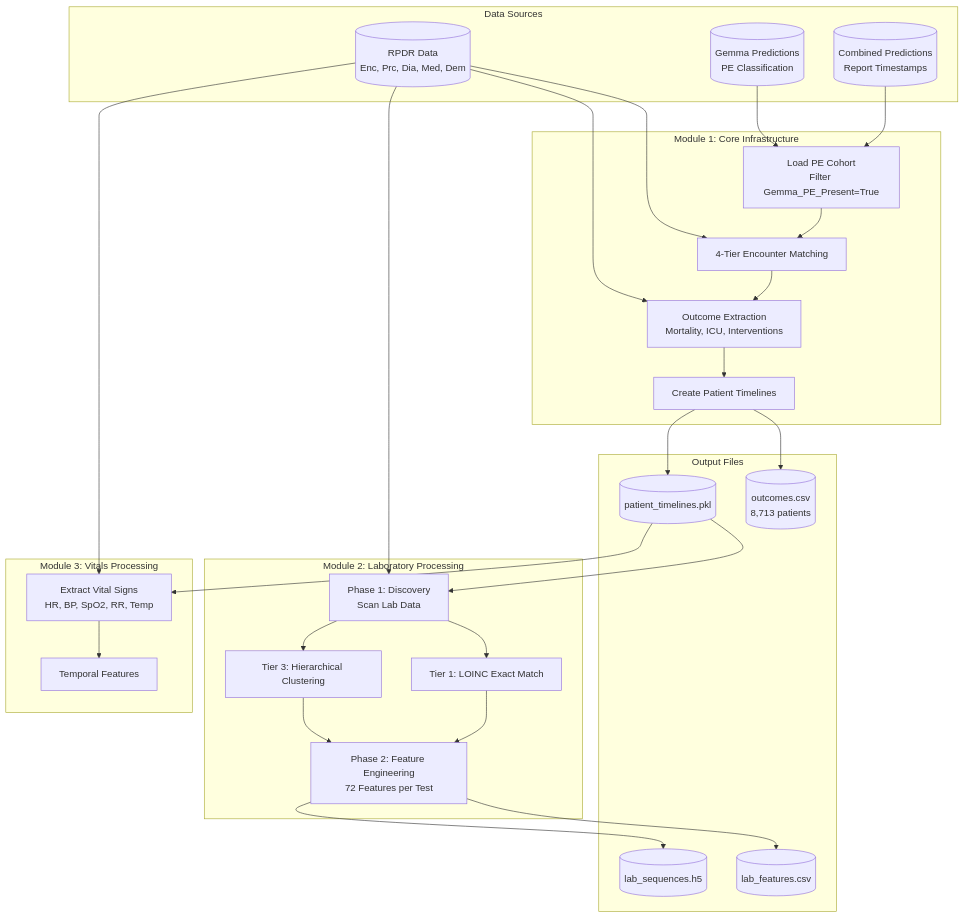
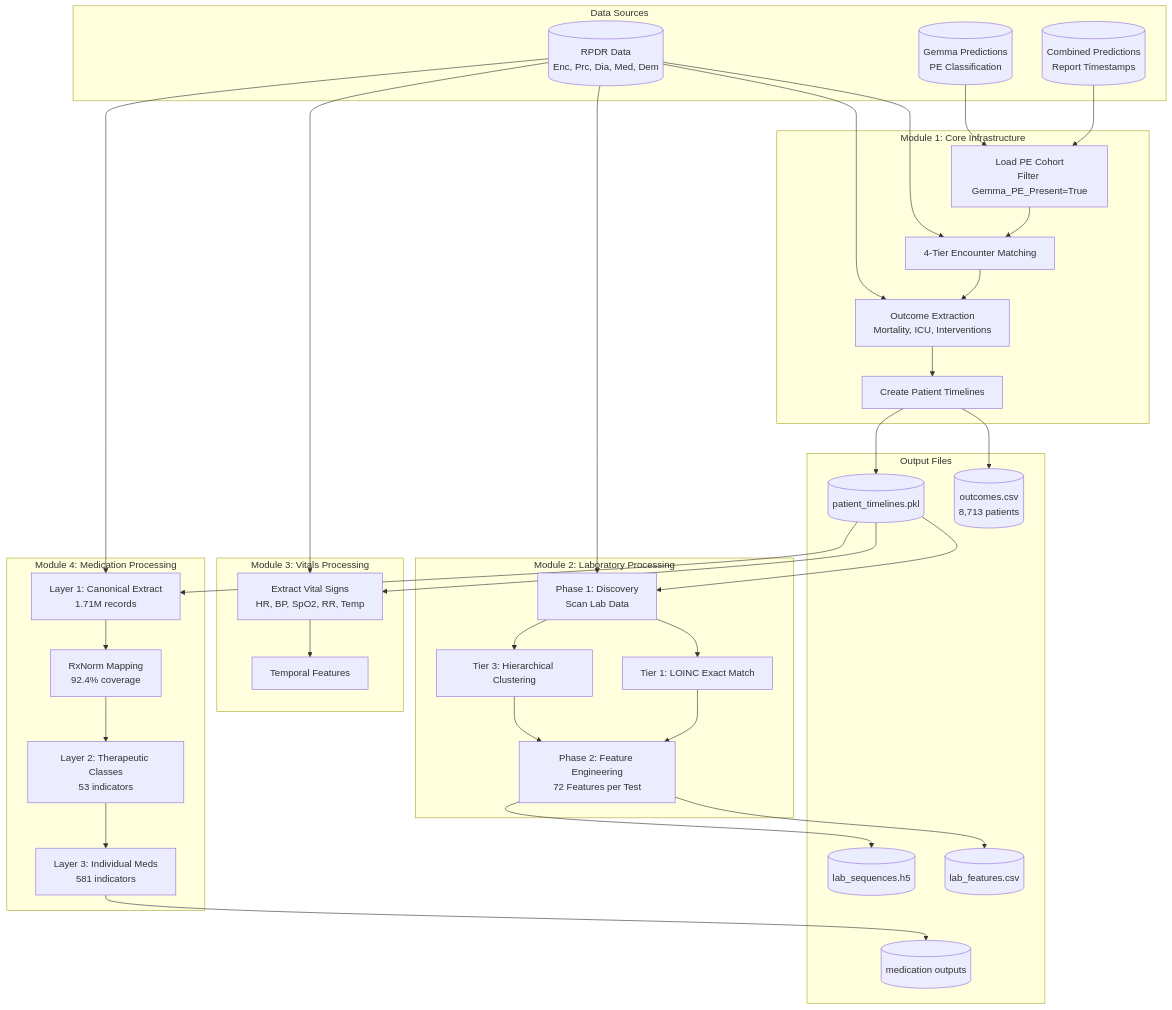
One commit to moinhs1/extracting-features changed the first of 5 diagrams in docs/architecture.md. Above: the diagram before and after it, drawn with Mermaid. The commit also changed other lines of this file and 3 other files, not shown here.

````diff
--- a/docs/architecture.md
+++ b/docs/architecture.md
@@ -6,58 +6,73 @@
 ```mermaid
 flowchart TB
     subgraph DataSources["Data Sources"]
         RPDR[(RPDR Data<br/>Enc, Prc, Dia, Med, Dem)]
         Gemma[(Gemma Predictions<br/>PE Classification)]
         Combined[(Combined Predictions<br/>Report Timestamps)]
     end
 
     subgraph Module1["Module 1: Core Infrastructure"]
         M1_Load[Load PE Cohort<br/>Filter Gemma_PE_Present=True]
         M1_Match[4-Tier Encounter Matching]
         M1_Extract[Outcome Extraction<br/>Mortality, ICU, Interventions]
         M1_Timeline[Create Patient Timelines]
     end
 
     subgraph Module2["Module 2: Laboratory Processing"]
         M2_Phase1[Phase 1: Discovery<br/>Scan Lab Data]
         M2_Tier1[Tier 1: LOINC Exact Match]
         M2_Tier3[Tier 3: Hierarchical Clustering]
         M2_Phase2[Phase 2: Feature Engineering<br/>72 Features per Test]
     end
 
     subgraph Module3["Module 3: Vitals Processing"]
         M3_Extract[Extract Vital Signs<br/>HR, BP, SpO2, RR, Temp]
         M3_Features[Temporal Features]
     end
 
+    subgraph Module4["Module 4: Medication Processing"]
+        M4_Extract[Layer 1: Canonical Extract<br/>1.71M records]
+        M4_RxNorm[RxNorm Mapping<br/>92.4% coverage]
+        M4_Class[Layer 2: Therapeutic Classes<br/>53 indicators]
+        M4_Indiv[Layer 3: Individual Meds<br/>581 indicators]
+    end
+
     subgraph Outputs["Output Files"]
         OUT_CSV[(outcomes.csv<br/>8,713 patients)]
         OUT_PKL[(patient_timelines.pkl)]
         OUT_LAB[(lab_features.csv)]
         OUT_H5[(lab_sequences.h5)]
+        OUT_MED[(medication outputs)]
     end
 
     %% Data flow
     Gemma --> M1_Load
     Combined --> M1_Load
     RPDR --> M1_Match
     M1_Load --> M1_Match
     M1_Match --> M1_Extract
     RPDR --> M1_Extract
     M1_Extract --> M1_Timeline
     M1_Timeline --> OUT_CSV
     M1_Timeline --> OUT_PKL
 
     OUT_PKL --> M2_Phase1
     RPDR --> M2_Phase1
     M2_Phase1 --> M2_Tier1
     M2_Phase1 --> M2_Tier3
     M2_Tier1 --> M2_Phase2
     M2_Tier3 --> M2_Phase2
     M2_Phase2 --> OUT_LAB
     M2_Phase2 --> OUT_H5
 
     OUT_PKL --> M3_Extract
     RPDR --> M3_Extract
     M3_Extract --> M3_Features
+
+    OUT_PKL --> M4_Extract
+    RPDR --> M4_Extract
+    M4_Extract --> M4_RxNorm
+    M4_RxNorm --> M4_Class
+    M4_Class --> M4_Indiv
+    M4_Indiv --> OUT_MED
 ```
````
